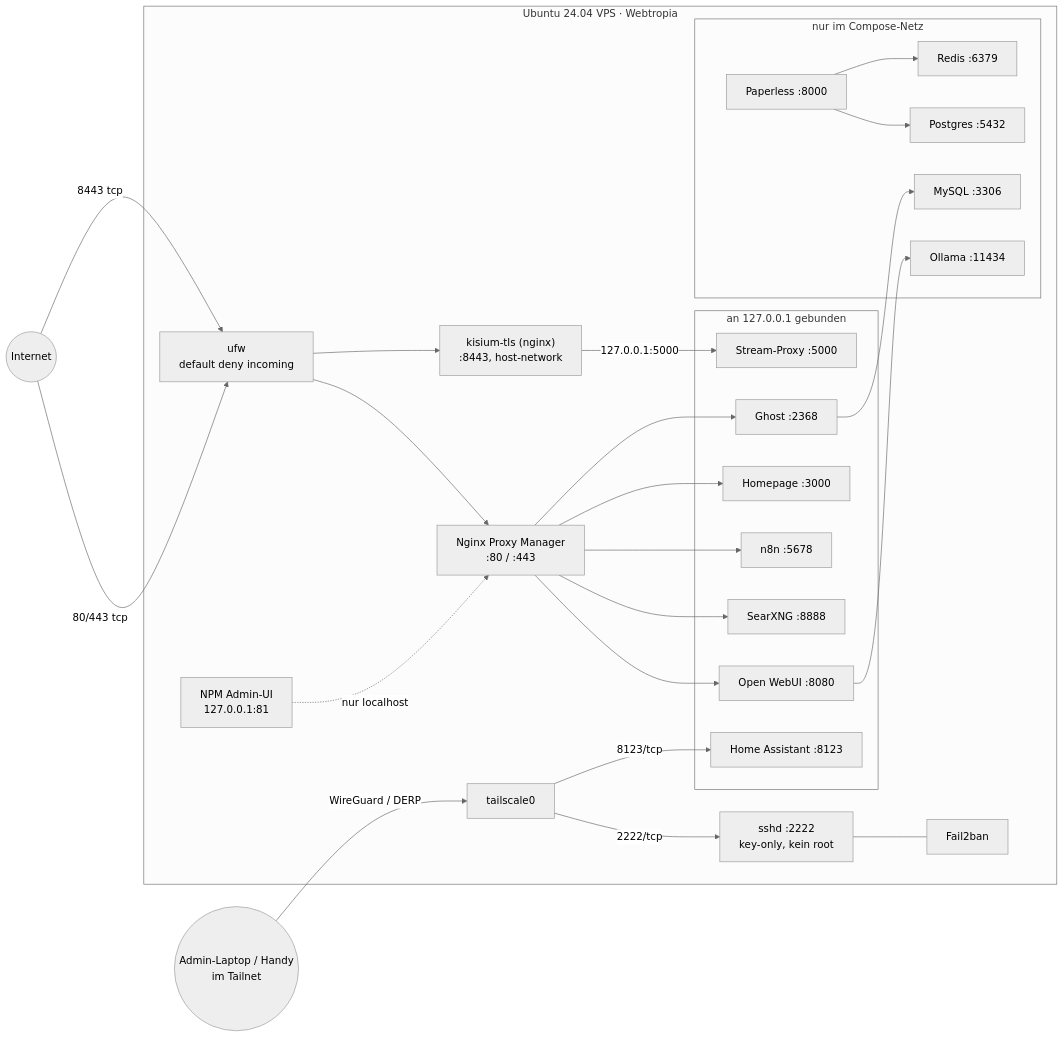
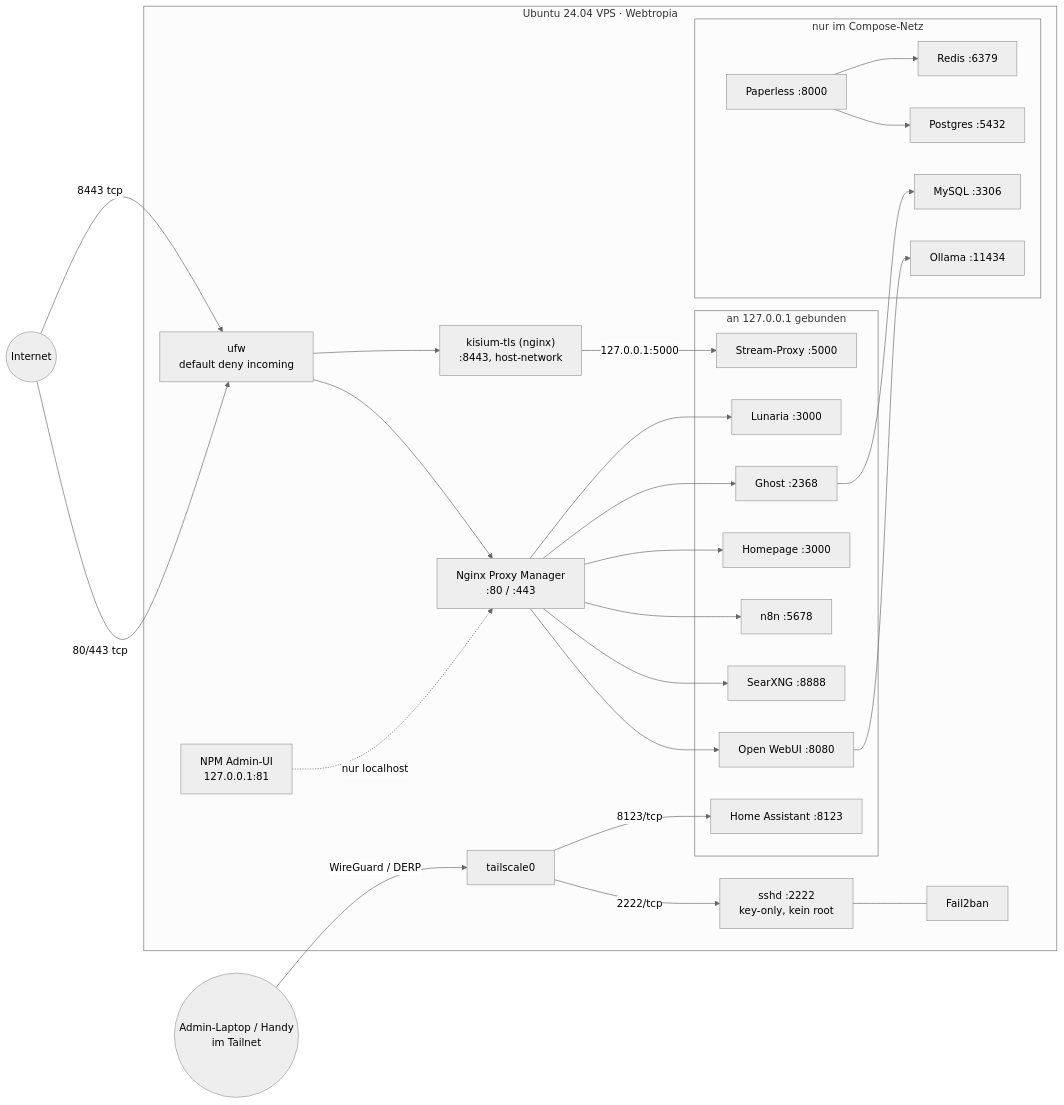
Before and after one commit to tobias-peine/vps-provisioning: the diagram in README.md, drawn with Mermaid (neutral theme). The commit also changed other lines of this file and 3 other files, not shown here.

````diff
--- a/README.md
+++ b/README.md
@@ -59,57 +59,59 @@
 ```mermaid
 flowchart LR
     NET(("Internet"))
     ADM(("Admin-Laptop / Handy<br/>im Tailnet"))
 
     subgraph VPS["Ubuntu 24.04 VPS · Webtropia"]
         UFW["ufw<br/>default deny incoming"]
         NPM["Nginx Proxy Manager<br/>:80 / :443"]
         TLS["kisium-tls (nginx)<br/>:8443, host-network"]
         NPMUI["NPM Admin-UI<br/>127.0.0.1:81"]
 
         subgraph LOOP["an 127.0.0.1 gebunden"]
             WEBUI["Open WebUI :8080"]
             SEARX["SearXNG :8888"]
             N8N["n8n :5678"]
             HOME["Homepage :3000"]
             GHOST["Ghost :2368"]
             STREAM["Stream-Proxy :5000"]
             HA["Home Assistant :8123"]
+            LUN["Lunaria :3000"]
         end
 
         subgraph INTERN["nur im Compose-Netz"]
             OLLAMA["Ollama :11434"]
             PAPER["Paperless :8000"]
             PG["Postgres :5432"]
             REDIS["Redis :6379"]
             MYSQL["MySQL :3306"]
         end
 
         TS["tailscale0"]
         SSHD["sshd :2222<br/>key-only, kein root"]
         F2B["Fail2ban"]
     end
 
     NET -->|"80/443 tcp"| UFW
     NET -->|"8443 tcp"| UFW
     UFW --> NPM
     UFW --> TLS
     NPM --> WEBUI
     NPM --> SEARX
     NPM --> N8N
     NPM --> HOME
     NPM --> GHOST
+    NPM --> LUN
     TLS -->|"127.0.0.1:5000"| STREAM
 
     GHOST --> MYSQL
     WEBUI --> OLLAMA
     PAPER --> PG
     PAPER --> REDIS
 
     NPMUI -.->|"nur localhost"| NPM
 
     ADM -->|"WireGuard / DERP"| TS
     TS -->|"2222/tcp"| SSHD
     TS -->|"8123/tcp"| HA
     SSHD --- F2B
 ```
````
